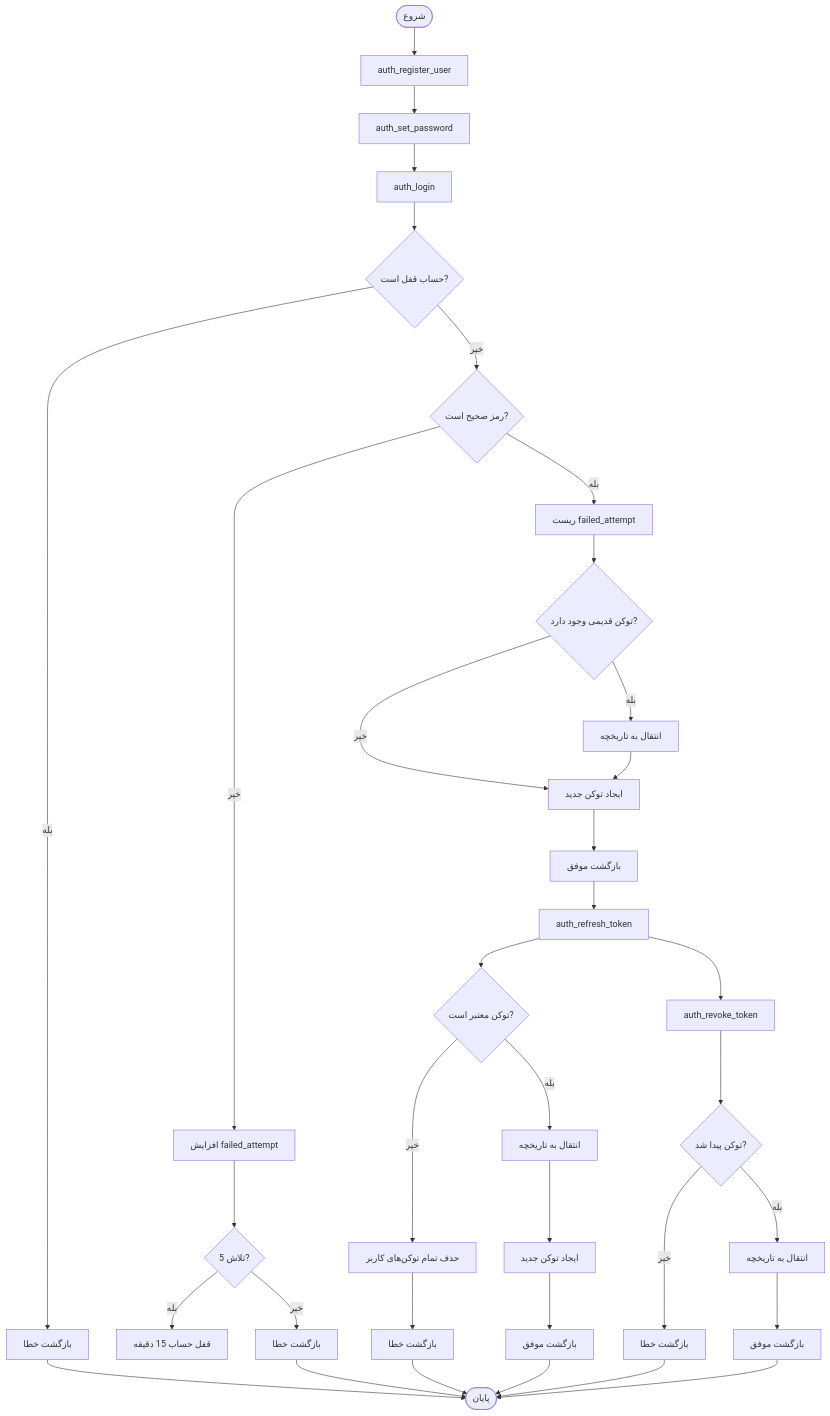
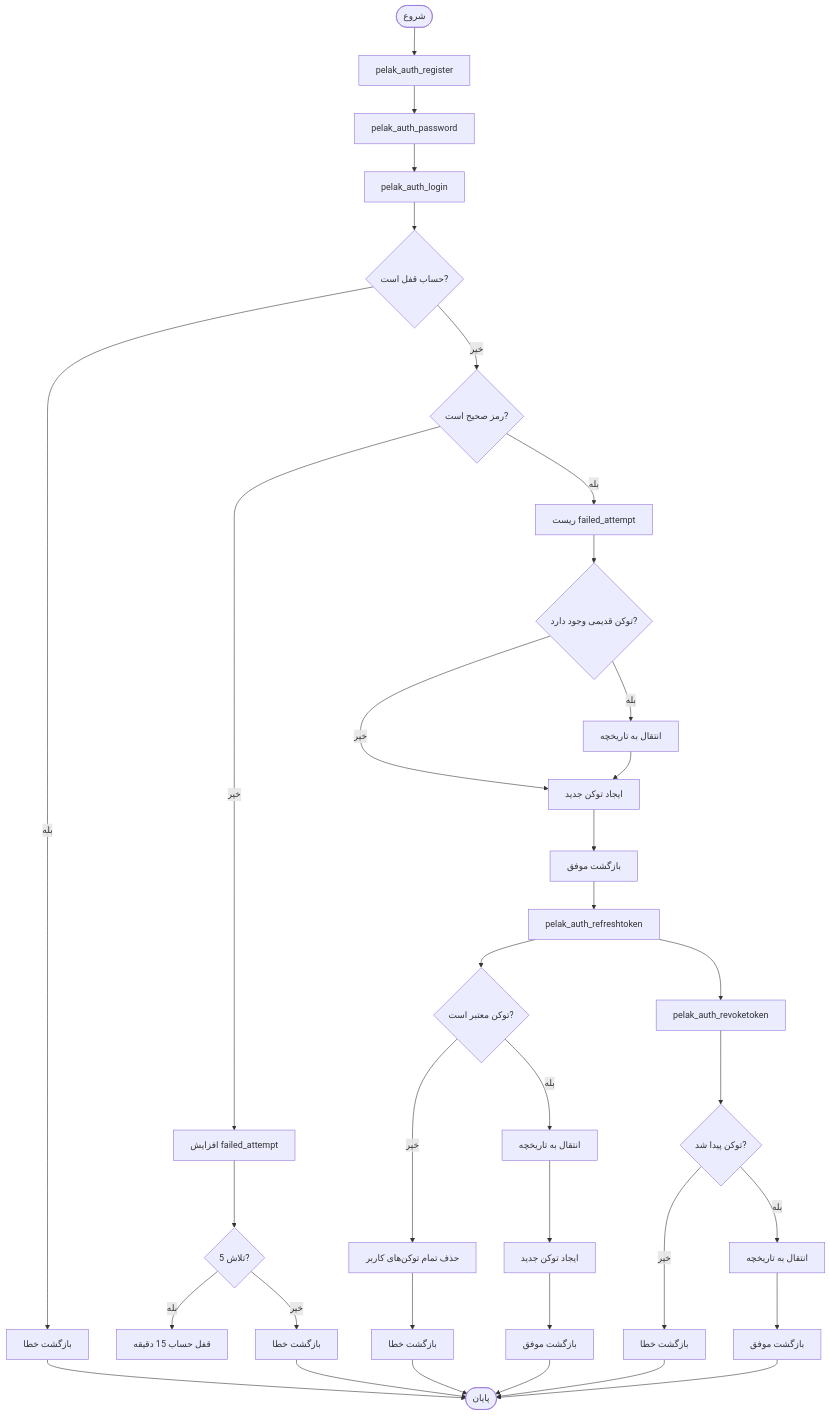
The second of 2 diagrams in DATABASE.md (M9020120014/Next-Pelak), drawn with Mermaid before and after one commit. The commit also changed other lines of this file and 118 other files, not shown here.

````diff
--- a/DATABASE.md
+++ b/DATABASE.md
@@ -213,45 +237,45 @@
 ```mermaid
 flowchart TD
-    Start([شروع]) --> Register[auth_register_user]
-    Register --> SetPass[auth_set_password]
-    SetPass --> Login[auth_login]
+    Start([شروع]) --> Register[pelak_auth_register]
+    Register --> SetPass[pelak_auth_password]
+    SetPass --> Login[pelak_auth_login]
     
     Login --> CheckLock{حساب قفل است?}
     CheckLock -->|بله| ReturnLock[بازگشت خطا]
     CheckLock -->|خیر| CheckPass{رمز صحیح است?}
     
     CheckPass -->|خیر| IncFail[افزایش failed_attempt]
     IncFail --> CheckMax{5 تلاش?}
     CheckMax -->|بله| LockAcc[قفل حساب 15 دقیقه]
     CheckMax -->|خیر| ReturnFail[بازگشت خطا]
     
     CheckPass -->|بله| ResetFail[ریست failed_attempt]
     ResetFail --> CheckOldToken{توکن قدیمی وجود دارد?}
     CheckOldToken -->|بله| MoveOld[انتقال به تاریخچه]
     CheckOldToken -->|خیر| CreateToken[ایجاد توکن جدید]
     MoveOld --> CreateToken
     CreateToken --> ReturnSuccess[بازگشت موفق]
     
     ReturnLock --> End([پایان])
     ReturnFail --> End
-    ReturnSuccess --> Refresh[auth_refresh_token]
+    ReturnSuccess --> Refresh[pelak_auth_refreshtoken]
     
     Refresh --> CheckToken{توکن معتبر است?}
     CheckToken -->|خیر| DeleteAll[حذف تمام توکن‌های کاربر]
     CheckToken -->|بله| MoveToHistory[انتقال به تاریخچه]
     MoveToHistory --> CreateNew[ایجاد توکن جدید]
     CreateNew --> ReturnRefresh[بازگشت موفق]
     
     DeleteAll --> ReturnInvalid[بازگشت خطا]
     ReturnInvalid --> End
     ReturnRefresh --> End
     
-    Refresh --> Logout[auth_revoke_token]
+    Refresh --> Logout[pelak_auth_revoketoken]
     Logout --> FindToken{توکن پیدا شد?}
     FindToken -->|خیر| ReturnNotFound[بازگشت خطا]
     FindToken -->|بله| MoveToHist[انتقال به تاریخچه]
     MoveToHist --> ReturnRevoke[بازگشت موفق]
     
     ReturnNotFound --> End
     ReturnRevoke --> End
 ```
````
